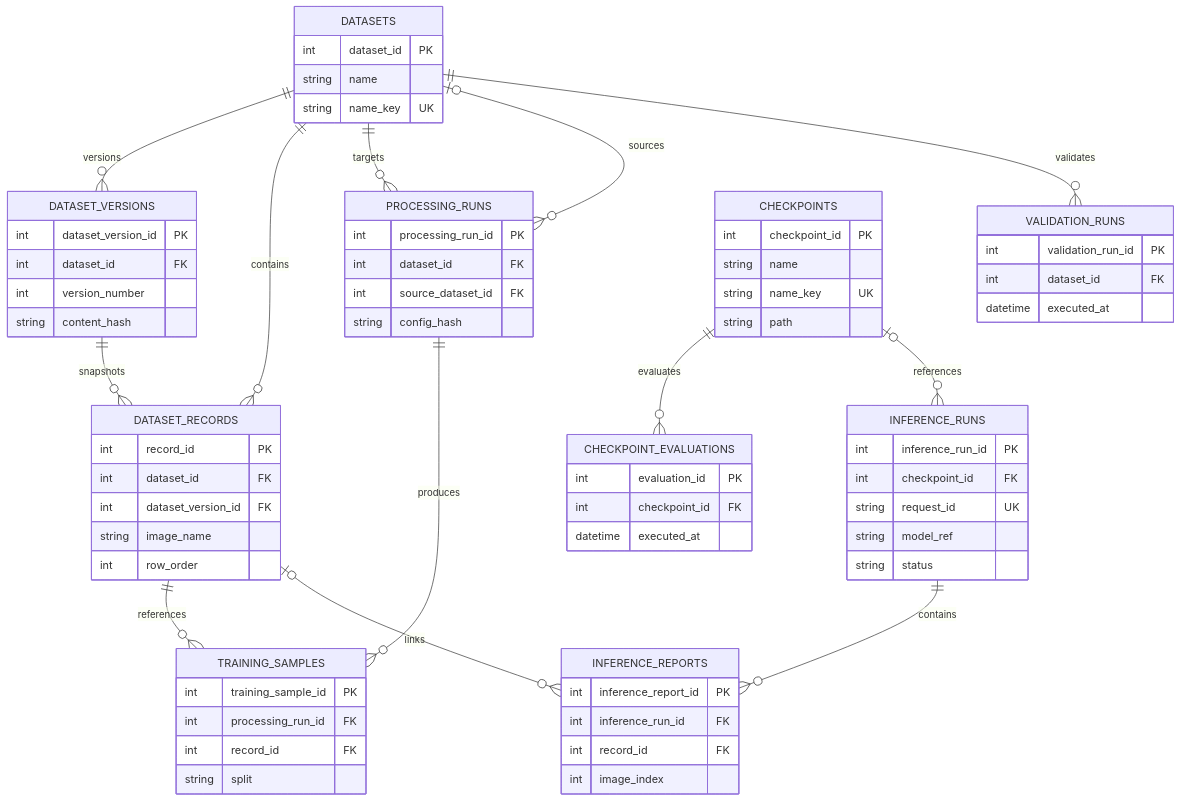
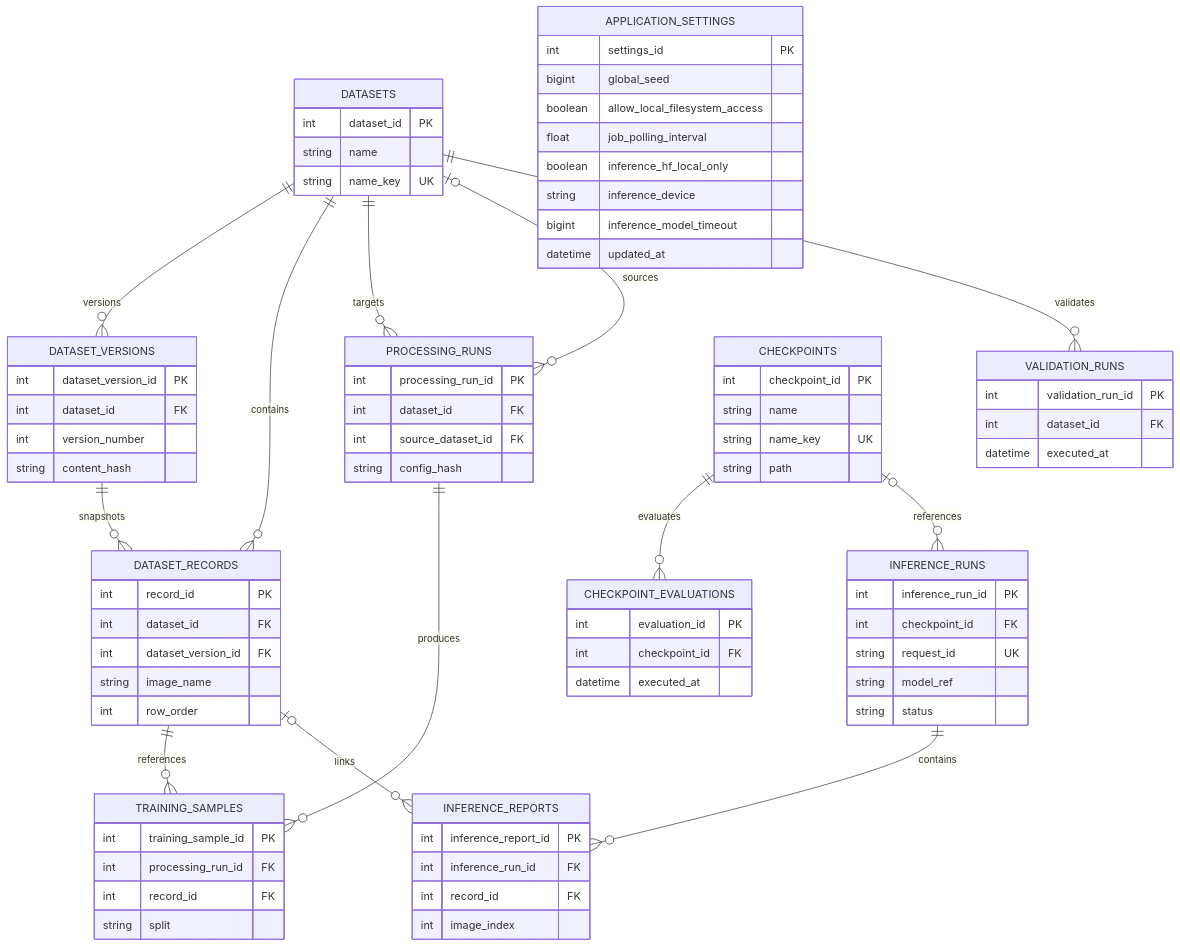
One commit to CTCycle/XREPORT-radiological-reports-generator changed the diagram in assets/docs/architecture/persistence.md. Above: the diagram before and after it, drawn with Mermaid. The commit also changed other lines of this file and 64 other files, not shown here.

```diff
--- a/assets/docs/architecture/persistence.md
+++ b/assets/docs/architecture/persistence.md
@@ -111,6 +120,16 @@
         int record_id FK
         int image_index
     }
+    APPLICATION_SETTINGS {
+        int settings_id PK
+        bigint global_seed
+        boolean allow_local_filesystem_access
+        float job_polling_interval
+        boolean inference_hf_local_only
+        string inference_device
+        bigint inference_model_timeout
+        datetime updated_at
+    }
 
     DATASETS ||--o{ DATASET_VERSIONS : versions
     DATASETS ||--o{ DATASET_RECORDS : contains
```
